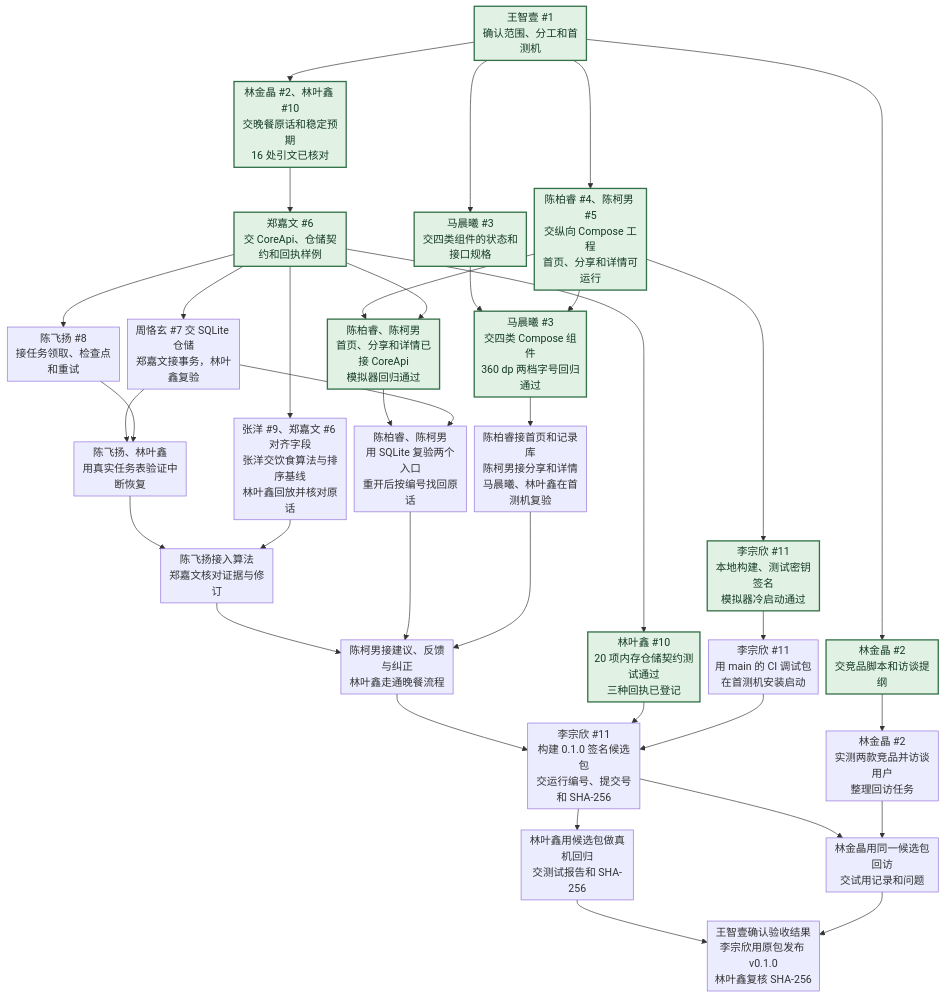
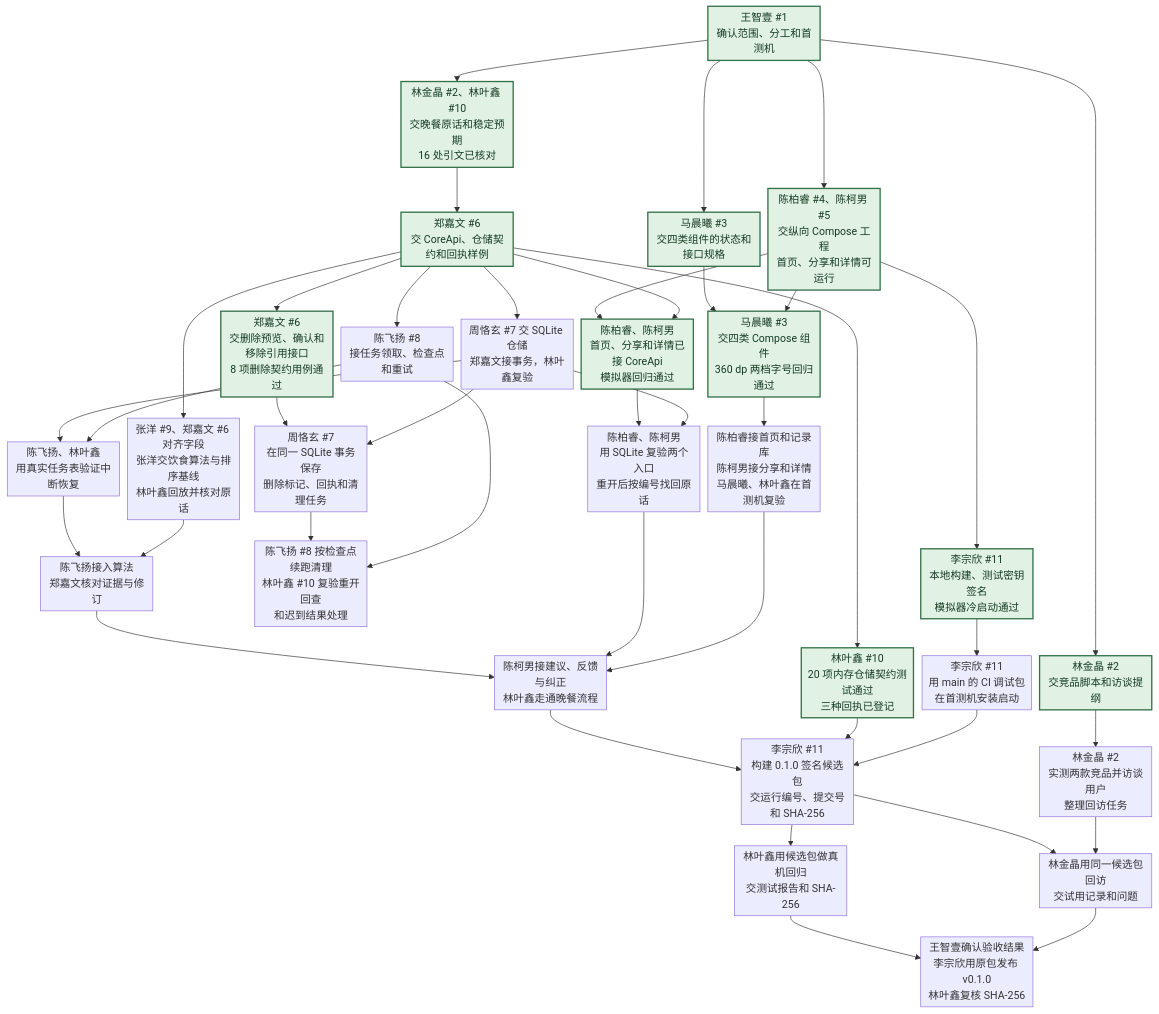
One commit to 155TuT/2601-fzu-SoftwareEngineering-YuezhongWu changed the diagram in homework/team/task8/plan.md. Above: the diagram before and after it, drawn with Mermaid. The commit also changed other lines of this file, not shown here.

Commit message:
docs(task8): mark deletion contract handoff ready

````diff
--- a/homework/team/task8/plan.md
+++ b/homework/team/task8/plan.md
@@ -54,45 +56,50 @@
 ```mermaid
 %%{init: {"flowchart": {"nodeSpacing": 12, "rankSpacing": 32, "padding": 5, "wrappingWidth": 150}}}%%
 flowchart TD
     accTitle: PebblePile Android v0.1.0 工作依赖
     claim["王智壹 #1<br/>确认范围、分工和首测机"]:::ready
     claim --> project["陈柏睿 #4、陈柯男 #5<br/>交纵向 Compose 工程<br/>首页、分享和详情可运行"]:::ready
     claim --> prep["林金晶 #2<br/>交竞品脚本和访谈提纲"]:::ready
     claim --> sample["林金晶 #2、林叶鑫 #10<br/>交晚餐原话和稳定预期<br/>16 处引文已核对"]:::ready
     claim --> spec["马晨曦 #3<br/>交四类组件的状态和接口规格"]:::ready
 
     project --> build["李宗欣 #11<br/>本地构建、测试密钥签名<br/>模拟器冷启动通过"]:::ready
     build --> device["李宗欣 #11<br/>用 main 的 CI 调试包<br/>在首测机安装启动"]
     sample --> api["郑嘉文 #6<br/>交 CoreApi、仓储契约和回执样例"]:::ready
     project --> pages["陈柏睿、陈柯男<br/>首页、分享和详情已接 CoreApi<br/>模拟器回归通过"]:::ready
     api --> pages
     api --> tests["林叶鑫 #10<br/>20 项内存仓储契约测试通过<br/>三种回执已登记"]:::ready
     spec --> kit["马晨曦 #3<br/>交四类 Compose 组件<br/>360 dp 两档字号回归通过"]:::ready
     project --> kit
     kit --> components["陈柏睿接首页和记录库<br/>陈柯男接分享和详情<br/>马晨曦、林叶鑫在首测机复验"]
     prep --> research["林金晶 #2<br/>实测两款竞品并访谈用户<br/>整理回访任务"]
 
+    api --> deletion["郑嘉文 #6<br/>交删除预览、确认和移除引用接口<br/>8 项删除契约用例通过"]:::ready
     api --> db["周恪玄 #7 交 SQLite 仓储<br/>郑嘉文接事务，林叶鑫复验"]
+    deletion --> deletionDb["周恪玄 #7<br/>在同一 SQLite 事务保存<br/>删除标记、回执和清理任务"]
+    db --> deletionDb
     pages --> entries["陈柏睿、陈柯男<br/>用 SQLite 复验两个入口<br/>重开后按编号找回原话"]
     db --> entries
     api --> jobs["陈飞扬 #8<br/>接任务领取、检查点和重试"]
+    deletionDb --> cleanup["陈飞扬 #8 按检查点续跑清理<br/>林叶鑫 #10 复验重开回查<br/>和迟到结果处理"]
+    jobs --> cleanup
     db --> recover["陈飞扬、林叶鑫<br/>用真实任务表验证中断恢复"]
     jobs --> recover
     api --> algorithm["张洋 #9、郑嘉文 #6 对齐字段<br/>张洋交饮食算法与排序基线<br/>林叶鑫回放并核对原话"]
     recover --> integration["陈飞扬接入算法<br/>郑嘉文核对证据与修订"]
     algorithm --> integration
     integration --> dinner["陈柯男接建议、反馈与纠正<br/>林叶鑫走通晚餐流程"]
     entries --> dinner
     components --> dinner
 
     dinner --> candidate["李宗欣 #11<br/>构建 0.1.0 签名候选包<br/>交运行编号、提交号和 SHA-256"]
     tests --> candidate
     device --> candidate
     candidate --> qa["林叶鑫用候选包做真机回归<br/>交测试报告和 SHA-256"]
     candidate --> trial["林金晶用同一候选包回访<br/>交试用记录和问题"]
     research --> trial
     qa --> release["王智壹确认验收结果<br/>李宗欣用原包发布 v0.1.0<br/>林叶鑫复核 SHA-256"]
     trial --> release
 
     classDef ready fill:#e1f2e4,stroke:#347149,color:#143a22,stroke-width:2px
 ```
````
